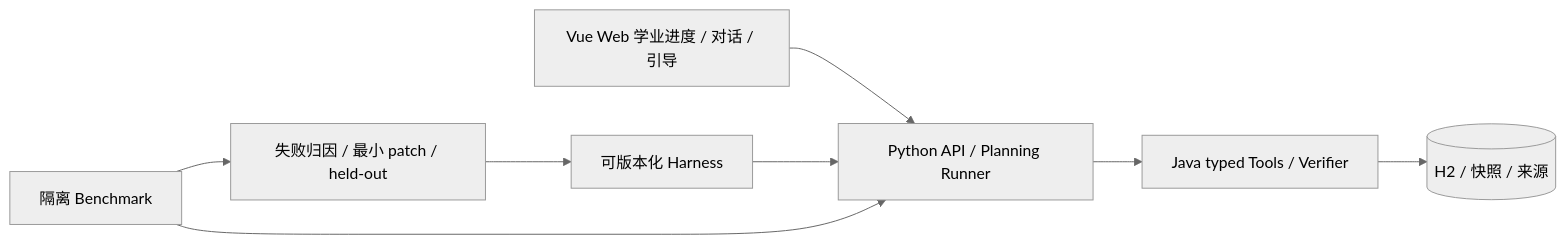
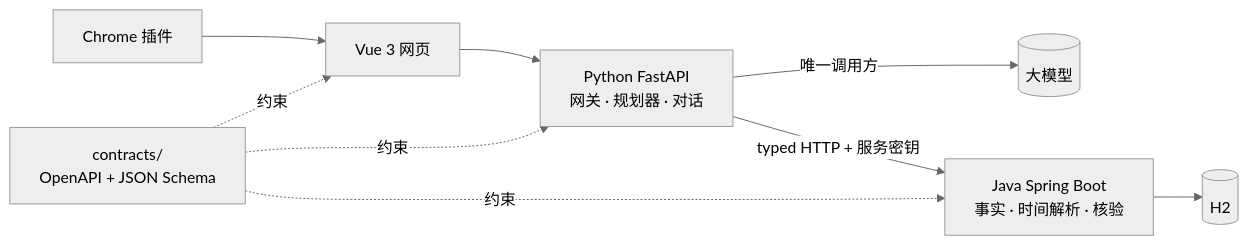
The second of 2 diagrams in README.md (HelicasECoode42/CoursePilot-Evo), drawn with Mermaid (neutral theme) before and after one commit. The commit also changed other lines of this file and 6 other files, not shown here.

Commit message:
README 改版：logo、徽章、界面截图与核心能力；新增 Java 核验服务说明（含流程图）与演示答辩准备

````diff
--- a/README.md
+++ b/README.md
@@ -39,10 +55,9 @@
 ```mermaid
 flowchart LR
-  W[Vue Web 学业进度 / 对话 / 引导] --> P[Python API / Planning Runner]
-  H[可版本化 Harness] --> P
-  P --> J[Java typed Tools / Verifier]
-  J --> DB[(H2 / 快照 / 来源)]
-  B[隔离 Benchmark] --> P
-  B --> E[失败归因 / 最小 patch / held-out]
-  E --> H
+  W[Vue 3 网页] --> P[Python FastAPI<br/>网关 · 规划器 · 对话]
+  X[Chrome 插件] --> W
+  P -->|唯一调用方| M[(大模型)]
+  P -->|typed HTTP + 服务密钥| J[Java Spring Boot<br/>事实 · 时间解析 · 核验]
+  J --> DB[(H2)]
+  C[contracts/<br/>OpenAPI + JSON Schema] -.约束.-> W & P & J
 ```
````
